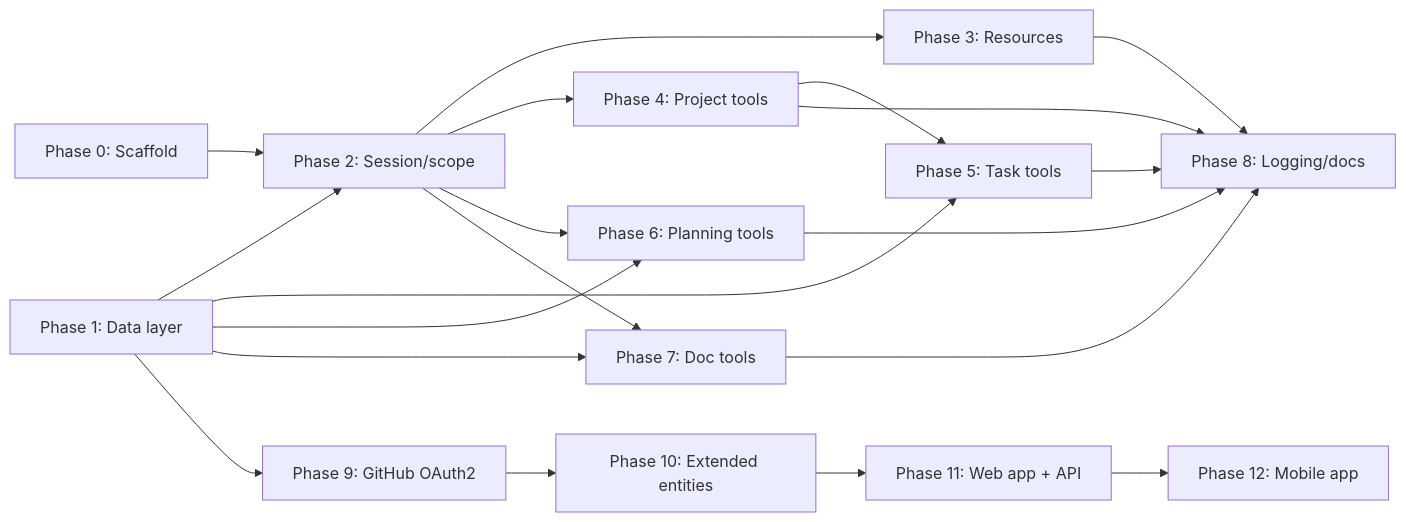
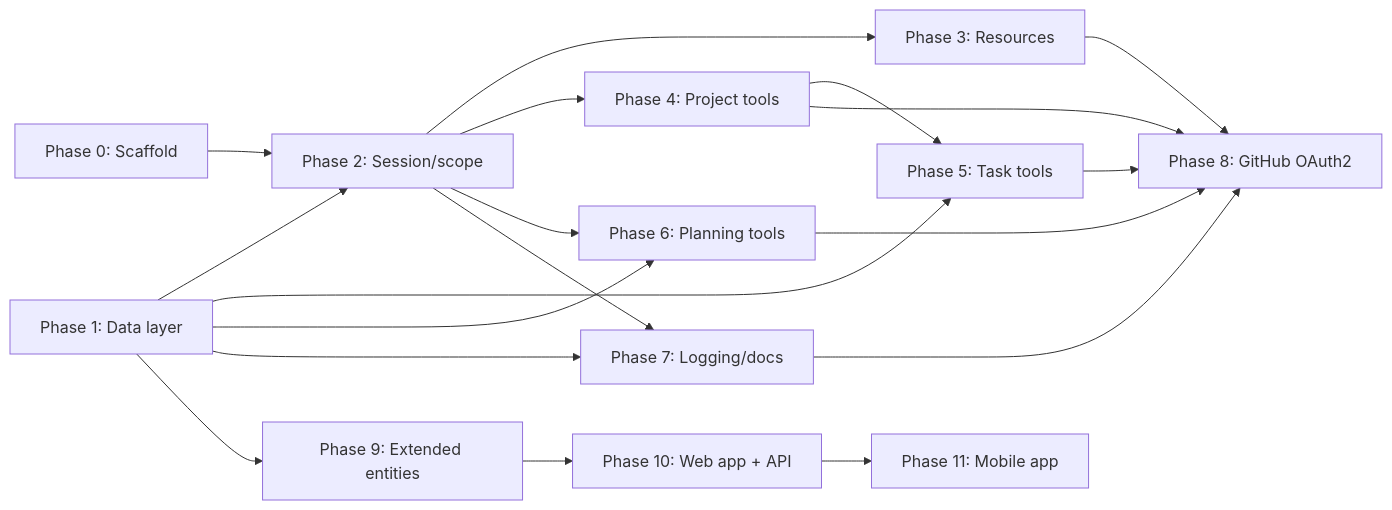
One commit to sharpninja/project-mcp changed the diagram in docs/11-implementation-plan.md. Above: the diagram before and after it, drawn with Mermaid. The commit also changed other lines of this file and 19 other files, not shown here.

````diff
--- a/docs/11-implementation-plan.md
+++ b/docs/11-implementation-plan.md
@@ -422,36 +395,34 @@
 ```mermaid
 flowchart LR
   P0[Phase 0: Scaffold]
   P1[Phase 1: Data layer]
   P2[Phase 2: Session/scope]
   P3[Phase 3: Resources]
   P4[Phase 4: Project tools]
   P5[Phase 5: Task tools]
   P6[Phase 6: Planning tools]
-  P7[Phase 7: Doc tools]
-  P8[Phase 8: Logging/docs]
-  P9[Phase 9: GitHub OAuth2]
-  P10[Phase 10: Extended entities]
-  P11[Phase 11: Web app + API]
-  P12[Phase 12: Mobile app]
+  P7[Phase 7: Logging/docs]
+  P8[Phase 8: GitHub OAuth2]
+  P9[Phase 9: Extended entities]
+  P10[Phase 10: Web app + API]
+  P11[Phase 11: Mobile app]
 
   P0 --> P2
   P1 --> P2
   P2 --> P3
   P2 --> P4
   P4 --> P5
   P1 --> P5
   P1 --> P6
   P2 --> P6
   P1 --> P7
   P2 --> P7
   P3 --> P8
   P4 --> P8
   P5 --> P8
   P6 --> P8
   P7 --> P8
   P1 --> P9
   P9 --> P10
   P10 --> P11
-  P11 --> P12
 ```
````
